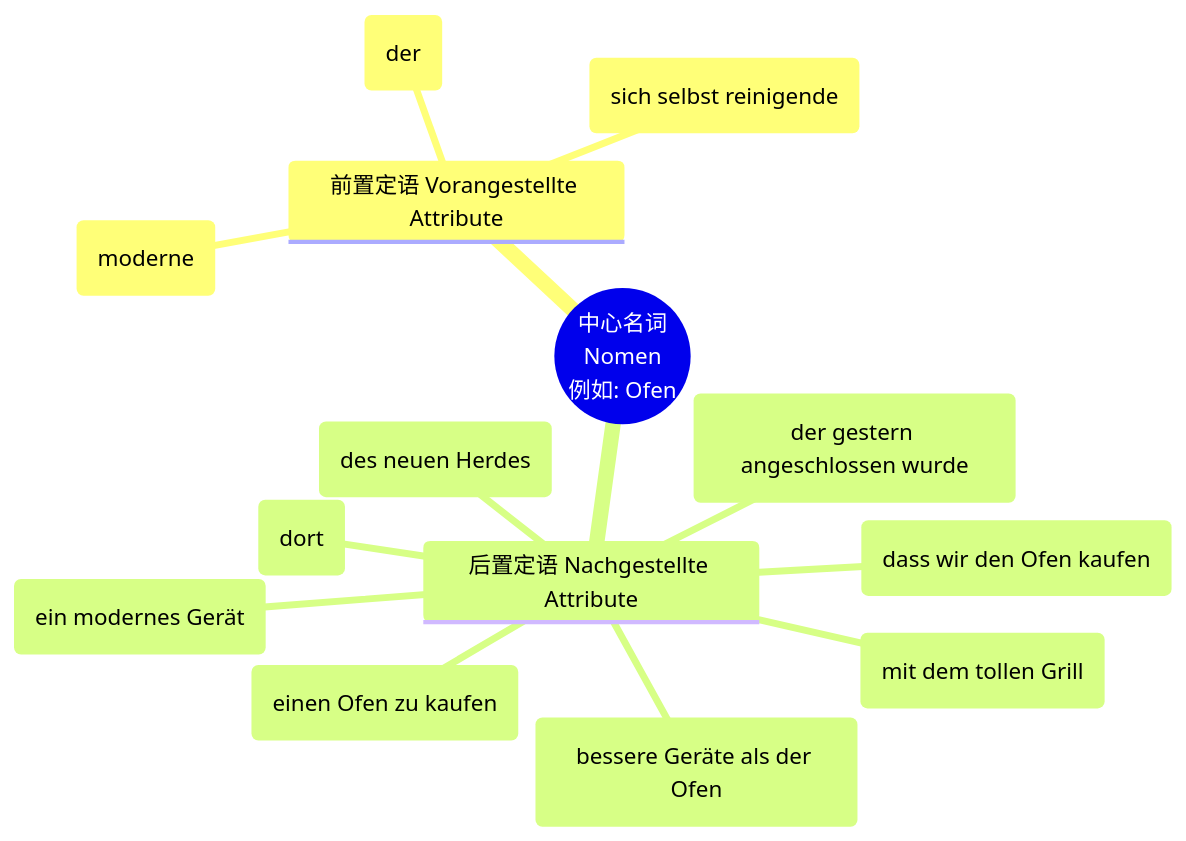
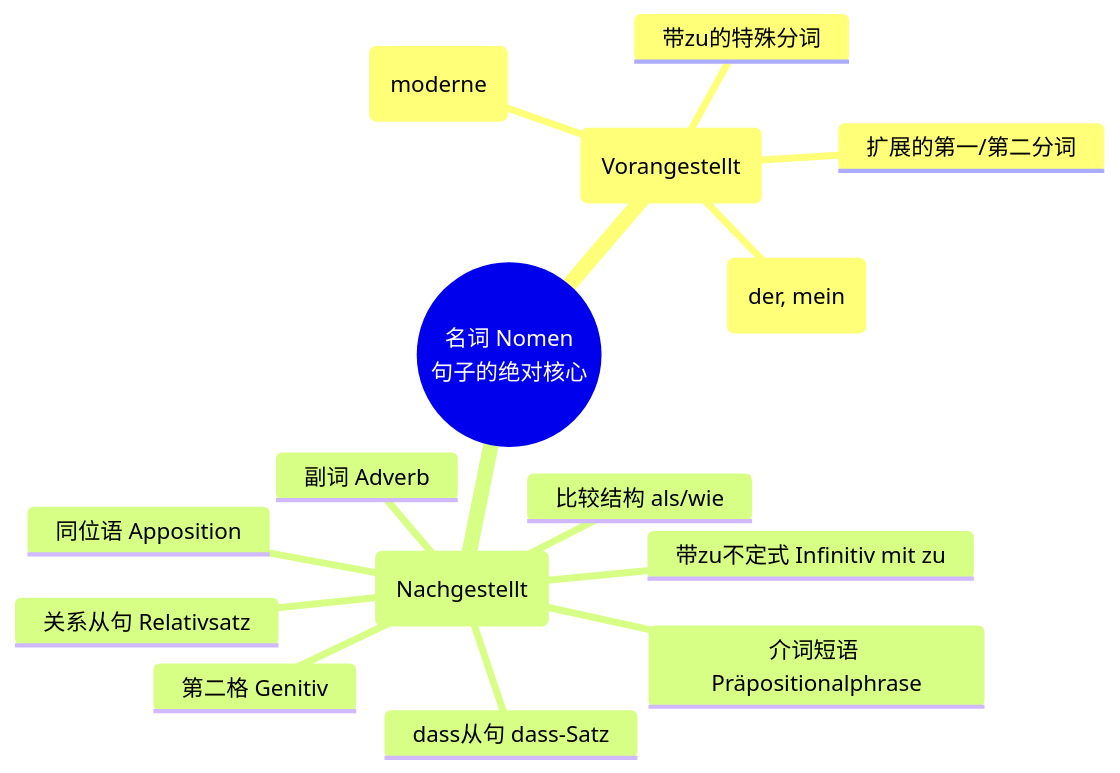
Before and after one commit to tanghaochen/Ideologie_und_Politik_obsidian: the first of 2 diagrams in 语言学习/德语/公共知识语法/10句型/从句合集/前置定语、后置定语以及扩展的分词定语.md, drawn with Mermaid. The commit also changed other lines of this file and 6 other files, not shown here.

````diff
--- a/语言学习/德语/公共知识语法/10句型/从句合集/前置定语、后置定语以及扩展的分词定语.md
+++ b/语言学习/德语/公共知识语法/10句型/从句合集/前置定语、后置定语以及扩展的分词定语.md
@@ -13,19 +10,19 @@
 ```mermaid
 mindmap
-  root((中心名词
-  Nomen
-  例如: Ofen))
-    前置定语 Vorangestellte Attribute
-      冠词 / 代词 (der)
+  root((名词 Nomen
+  句子的绝对核心))
+    前置定语 (Vorangestellt)
+      冠词/代词 (der, mein)
       形容词 (moderne)
-      扩展分词 (sich selbst reinigende)
-    后置定语 Nachgestellte Attribute
-      第二格 Genitiv (des neuen Herdes)
-      关系从句 Relativsatz (der gestern angeschlossen wurde)
-      介词短语 Präpositionalphrase (mit dem tollen Grill)
-      副词 Adverb (dort)
-      同位语 Apposition (ein modernes Gerät)
-      带zu不定式 Infinitiv mit zu (einen Ofen zu kaufen)
-      dass从句 dass-Satz (dass wir den Ofen kaufen)
-      比较结构 als/wie (bessere Geräte als der Ofen)
+      扩展的第一/第二分词
+      带zu的特殊分词
+    后置定语 (Nachgestellt)
+      第二格 Genitiv
+      关系从句 Relativsatz
+      介词短语 Präpositionalphrase
+      副词 Adverb
+      同位语 Apposition
+      带zu不定式 Infinitiv mit zu
+      dass从句 dass-Satz
+      比较结构 als/wie
 ```
````
